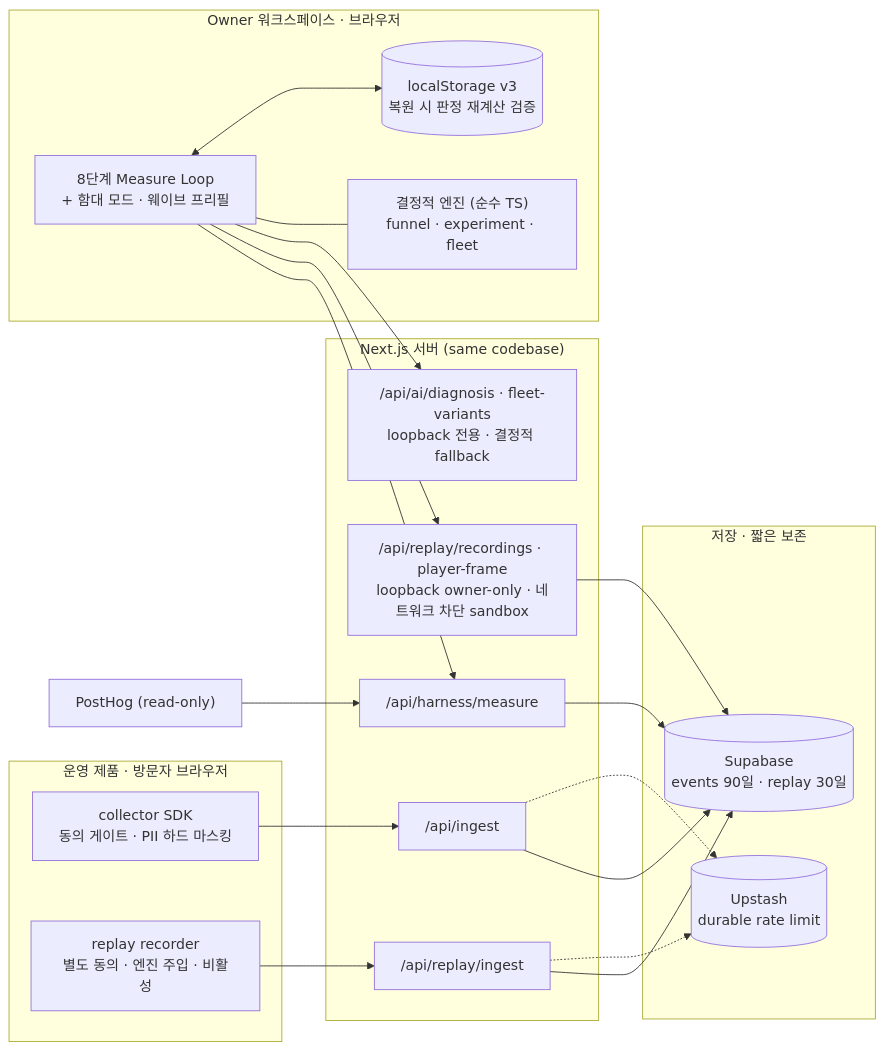
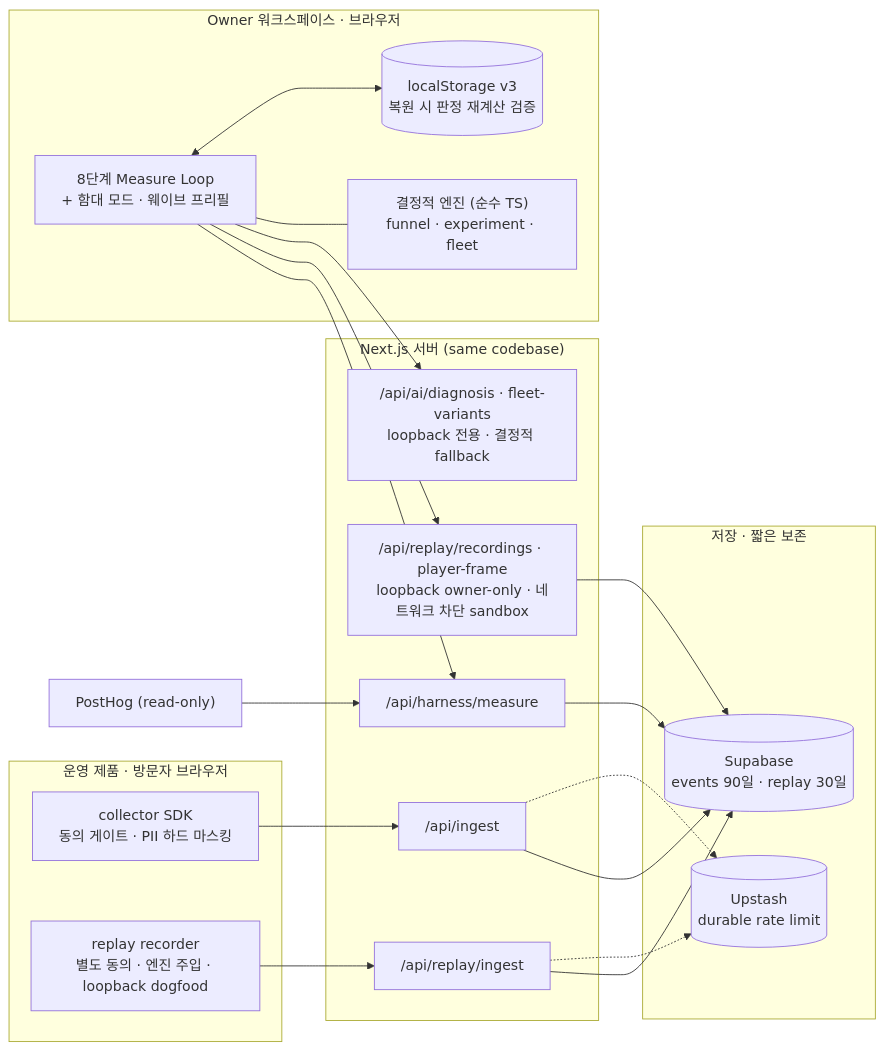
Before and after one commit to Power-xc/ux-measure-lab: the second of 2 diagrams in README.md, drawn with Mermaid. The commit also changed other lines of this file and 6 other files, not shown here.

First line of the commit message:
docs: sign gate 9 for the loopback dogfood scope

````diff
--- a/README.md
+++ b/README.md
@@ -226,34 +226,34 @@
 ```mermaid
 flowchart LR
   subgraph Visitor["운영 제품 · 방문자 브라우저"]
     SDK["collector SDK<br/>동의 게이트 · PII 하드 마스킹"]
-    REC["replay recorder<br/>별도 동의 · 엔진 주입 · 비활성"]
+    REC["replay recorder<br/>별도 동의 · 엔진 주입 · loopback dogfood"]
   end
   subgraph API["Next.js 서버 (same codebase)"]
     ING["/api/ingest"]
     RING["/api/replay/ingest"]
     MEAS["/api/harness/measure"]
     RREAD["/api/replay/recordings · player-frame<br/>loopback owner-only · 네트워크 차단 sandbox"]
     AIR["/api/ai/diagnosis · fleet-variants<br/>loopback 전용 · 결정적 fallback"]
   end
   subgraph Store["저장 · 짧은 보존"]
     SB[("Supabase<br/>events 90일 · replay 30일")]
     UP[("Upstash<br/>durable rate limit")]
   end
   subgraph Owner["Owner 워크스페이스 · 브라우저"]
     WS["8단계 Measure Loop<br/>+ 함대 모드 · 웨이브 프리필"]
     ENG["결정적 엔진 (순수 TS)<br/>funnel · experiment · fleet"]
     LS[("localStorage v3<br/>복원 시 판정 재계산 검증")]
   end
   PH["PostHog (read-only)"]
   SDK --> ING --> SB
   REC --> RING --> SB
   ING -.-> UP
   RING -.-> UP
   WS --> MEAS --> SB
   PH --> MEAS
   WS --> RREAD --> SB
   WS --> AIR
   WS --- ENG
   WS <--> LS
 ```
````
